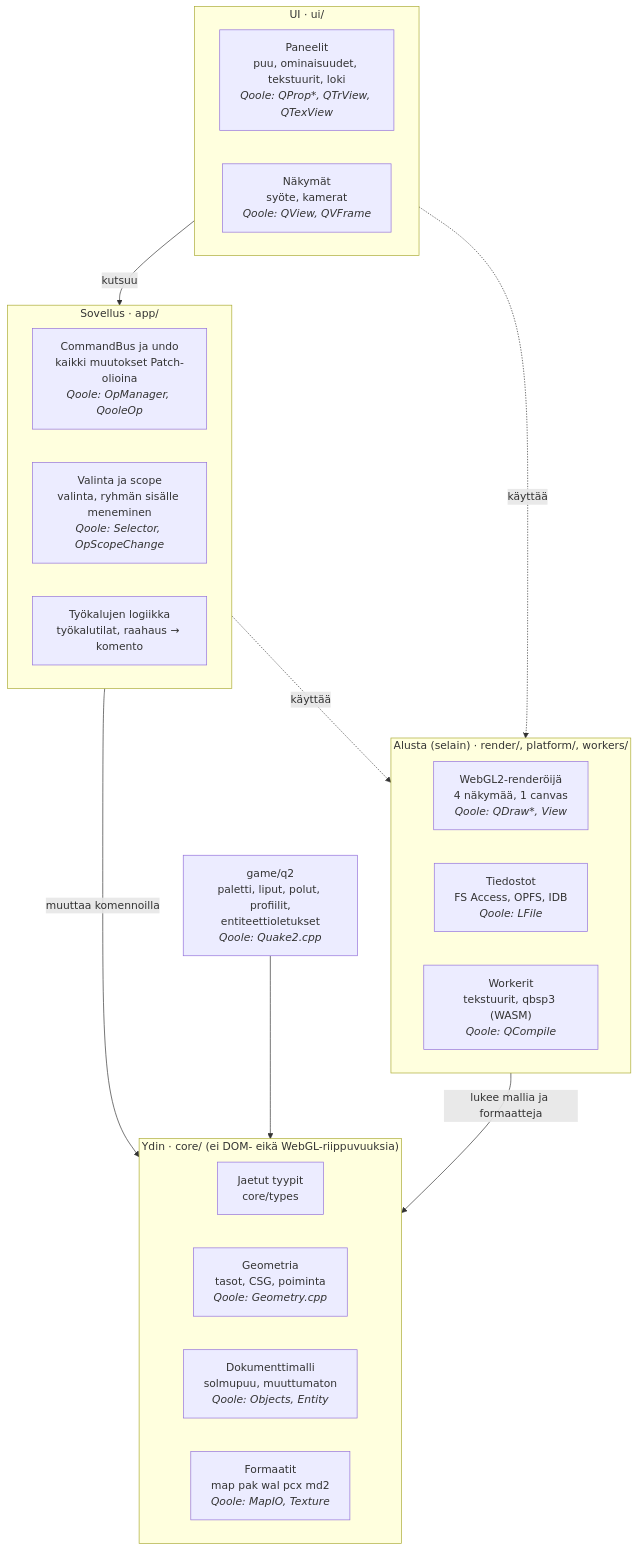
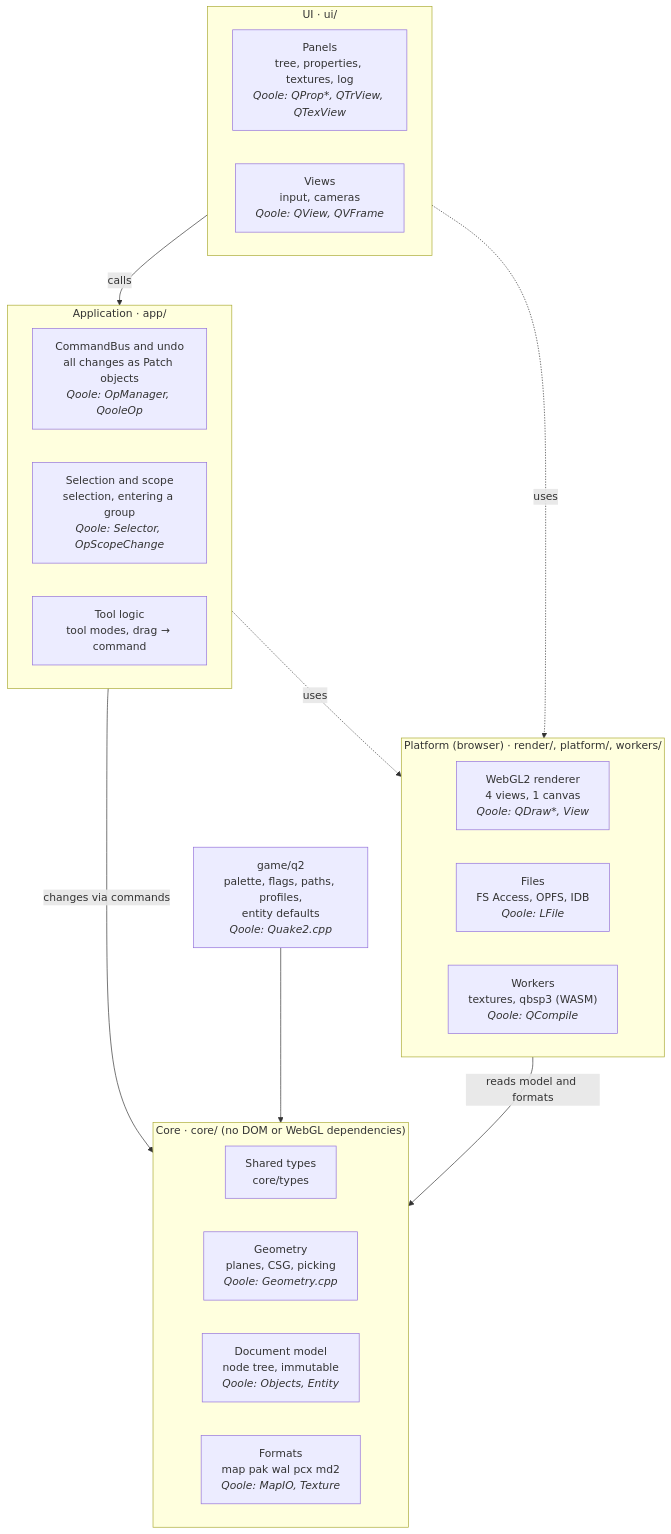
Before and after one commit to wex/joole: the diagram in docs/00-spec.md, drawn with Mermaid. The commit also changed other lines of this file and 10 other files, not shown here.

````diff
--- a/docs/00-spec.md
+++ b/docs/00-spec.md
@@ -37,31 +37,31 @@
 ```mermaid
 flowchart TB
   subgraph UI["UI · ui/"]
-    panels["Paneelit<br/>puu, ominaisuudet, tekstuurit, loki<br/><i>Qoole: QProp*, QTrView, QTexView</i>"]
-    views["Näkymät<br/>syöte, kamerat<br/><i>Qoole: QView, QVFrame</i>"]
+    panels["Panels<br/>tree, properties, textures, log<br/><i>Qoole: QProp*, QTrView, QTexView</i>"]
+    views["Views<br/>input, cameras<br/><i>Qoole: QView, QVFrame</i>"]
   end
-  subgraph APP["Sovellus · app/"]
-    bus["CommandBus ja undo<br/>kaikki muutokset Patch-olioina<br/><i>Qoole: OpManager, QooleOp</i>"]
-    sel["Valinta ja scope<br/>valinta, ryhmän sisälle meneminen<br/><i>Qoole: Selector, OpScopeChange</i>"]
-    tools["Työkalujen logiikka<br/>työkalutilat, raahaus → komento"]
+  subgraph APP["Application · app/"]
+    bus["CommandBus and undo<br/>all changes as Patch objects<br/><i>Qoole: OpManager, QooleOp</i>"]
+    sel["Selection and scope<br/>selection, entering a group<br/><i>Qoole: Selector, OpScopeChange</i>"]
+    tools["Tool logic<br/>tool modes, drag → command"]
   end
-  subgraph PLATFORM["Alusta (selain) · render/, platform/, workers/"]
-    gl["WebGL2-renderöijä<br/>4 näkymää, 1 canvas<br/><i>Qoole: QDraw*, View</i>"]
-    files["Tiedostot<br/>FS Access, OPFS, IDB<br/><i>Qoole: LFile</i>"]
-    workers["Workerit<br/>tekstuurit, qbsp3 (WASM)<br/><i>Qoole: QCompile</i>"]
+  subgraph PLATFORM["Platform (browser) · render/, platform/, workers/"]
+    gl["WebGL2 renderer<br/>4 views, 1 canvas<br/><i>Qoole: QDraw*, View</i>"]
+    files["Files<br/>FS Access, OPFS, IDB<br/><i>Qoole: LFile</i>"]
+    workers["Workers<br/>textures, qbsp3 (WASM)<br/><i>Qoole: QCompile</i>"]
   end
-  subgraph CORE["Ydin · core/ (ei DOM- eikä WebGL-riippuvuuksia)"]
-    types["Jaetut tyypit<br/>core/types"]
-    geom["Geometria<br/>tasot, CSG, poiminta<br/><i>Qoole: Geometry.cpp</i>"]
-    doc["Dokumenttimalli<br/>solmupuu, muuttumaton<br/><i>Qoole: Objects, Entity</i>"]
-    formats["Formaatit<br/>map pak wal pcx md2<br/><i>Qoole: MapIO, Texture</i>"]
+  subgraph CORE["Core · core/ (no DOM or WebGL dependencies)"]
+    types["Shared types<br/>core/types"]
+    geom["Geometry<br/>planes, CSG, picking<br/><i>Qoole: Geometry.cpp</i>"]
+    doc["Document model<br/>node tree, immutable<br/><i>Qoole: Objects, Entity</i>"]
+    formats["Formats<br/>map pak wal pcx md2<br/><i>Qoole: MapIO, Texture</i>"]
   end
-  game["game/q2<br/>paletti, liput, polut, profiilit,<br/>entiteettioletukset<br/><i>Qoole: Quake2.cpp</i>"]
+  game["game/q2<br/>palette, flags, paths, profiles,<br/>entity defaults<br/><i>Qoole: Quake2.cpp</i>"]
 
-  UI -->|kutsuu| APP
-  APP -->|muuttaa komennoilla| CORE
-  PLATFORM -->|lukee mallia ja formaatteja| CORE
+  UI -->|calls| APP
+  APP -->|changes via commands| CORE
+  PLATFORM -->|reads model and formats| CORE
   game --> CORE
-  UI -.->|käyttää| PLATFORM
-  APP -.->|käyttää| PLATFORM
+  UI -.->|uses| PLATFORM
+  APP -.->|uses| PLATFORM
 ```
````
